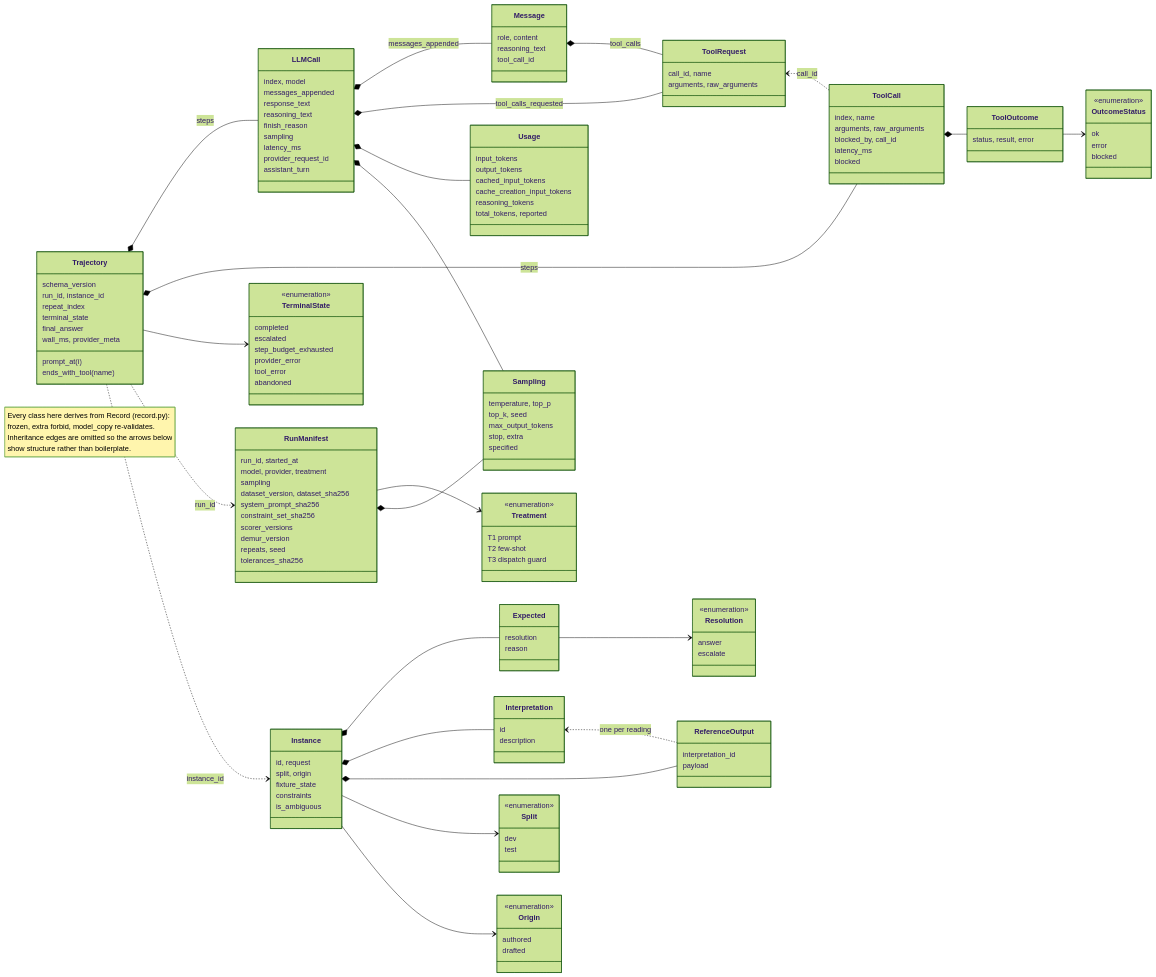
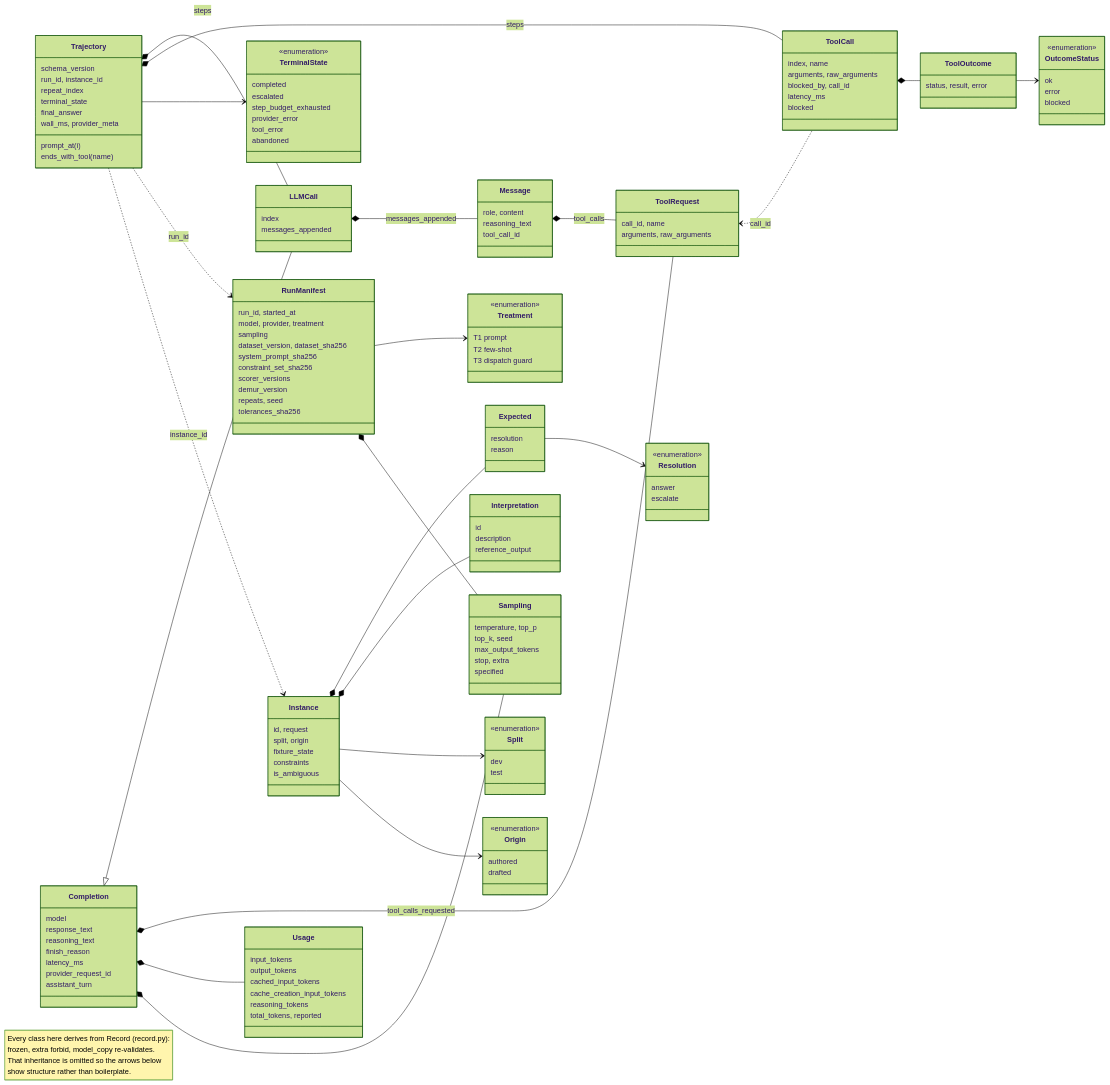
Before and after one commit to nick-mal/demur: the diagram in docs/spec.md, drawn with Mermaid (forest theme). The commit also changed other lines of this file and 19 other files, not shown here.

```diff
--- a/docs/spec.md
+++ b/docs/spec.md
@@ -134,7 +135,7 @@
 
     note "Every class here derives from Record (record.py):
     frozen, extra forbid, model_copy re-validates.
-    Inheritance edges are omitted so the arrows below
+    That inheritance is omitted so the arrows below
     show structure rather than boilerplate."
 
     class Instance {
@@ -151,10 +152,7 @@
     class Interpretation {
         id
         description
-    }
-    class ReferenceOutput {
-        interpretation_id
-        payload
+        reference_output
     }
     class RunManifest {
         run_id, started_at
@@ -178,16 +176,18 @@
         prompt_at(i)
         ends_with_tool(name)
     }
-    class LLMCall {
-        index, model
-        messages_appended
+    class Completion {
+        model
         response_text
         reasoning_text
         finish_reason
-        sampling
         latency_ms
         provider_request_id
         assistant_turn
+    }
+    class LLMCall {
+        index
+        messages_appended
     }
     class ToolCall {
         index, name
@@ -262,21 +262,20 @@
 
     Instance *-- Expected
     Instance *-- Interpretation
-    Instance *-- ReferenceOutput
     Instance --> Split
     Instance --> Origin
     Expected --> Resolution
-    Interpretation <.. ReferenceOutput : one per reading
 
     RunManifest --> Treatment
 
     Trajectory *-- LLMCall : steps
     Trajectory *-- ToolCall : steps
     Trajectory --> TerminalState
+    Completion <|-- LLMCall
     LLMCall *-- Message : messages_appended
-    LLMCall *-- ToolRequest : tool_calls_requested
-    LLMCall *-- Usage
-    LLMCall *-- Sampling
+    Completion *-- ToolRequest : tool_calls_requested
+    Completion *-- Usage
+    Completion *-- Sampling
     RunManifest *-- Sampling
     Message *-- ToolRequest : tool_calls
     ToolCall *-- ToolOutcome
```
